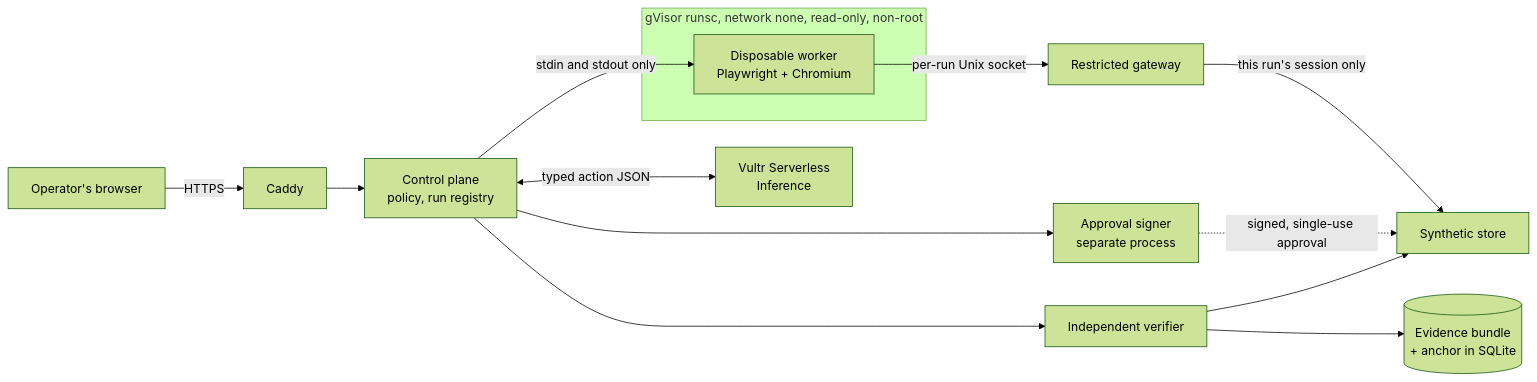
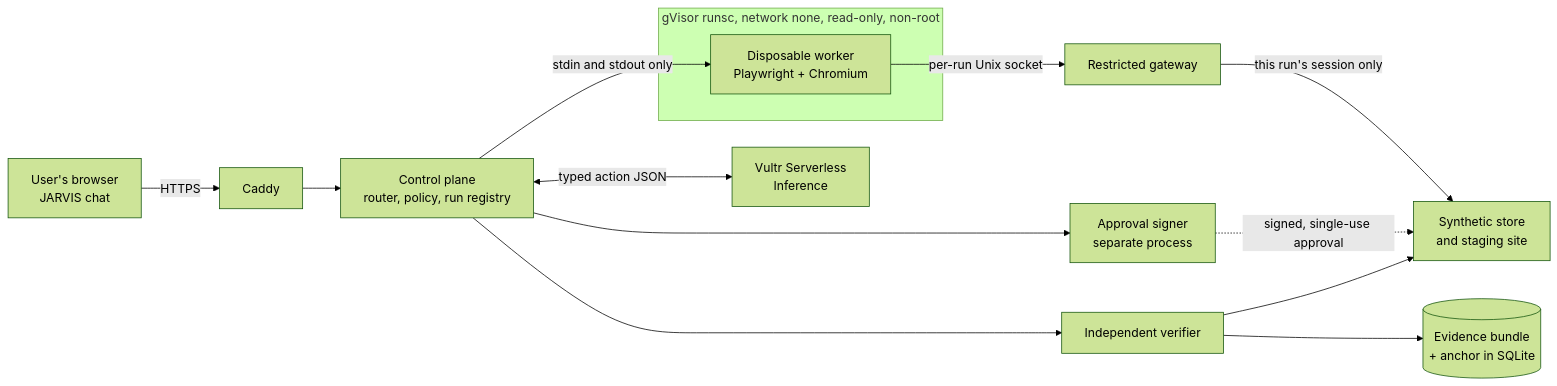
One commit to ascendlevelup18-byte/jarvis-proofops-vultr changed the diagram in README.md. Above: the diagram before and after it, drawn with Mermaid (forest theme). The commit also changed other lines of this file and 37 other files, not shown here.

````diff
--- a/README.md
+++ b/README.md
@@ -41,17 +43,17 @@
 ```mermaid
 flowchart LR
-  U[Operator's browser] -->|HTTPS| C[Caddy]
-  C --> S[Control plane<br/>policy, run registry]
+  U[User's browser<br/>JARVIS chat] -->|HTTPS| C[Caddy]
+  C --> S[Control plane<br/>router, policy, run registry]
   S <-->|typed action JSON| M[Vultr Serverless<br/>Inference]
   S -->|stdin and stdout only| W
   subgraph G[gVisor runsc, network none, read-only, non-root]
     W[Disposable worker<br/>Playwright + Chromium]
   end
   W -->|per-run Unix socket| GW[Restricted gateway]
-  GW -->|this run's session only| ST[Synthetic store]
+  GW -->|this run's session only| ST[Synthetic store<br/>and staging site]
   S --> SG[Approval signer<br/>separate process]
   SG -. signed, single-use approval .-> ST
   S --> V[Independent verifier]
   V --> ST
   V --> E[(Evidence bundle<br/>+ anchor in SQLite)]
 ```
````
